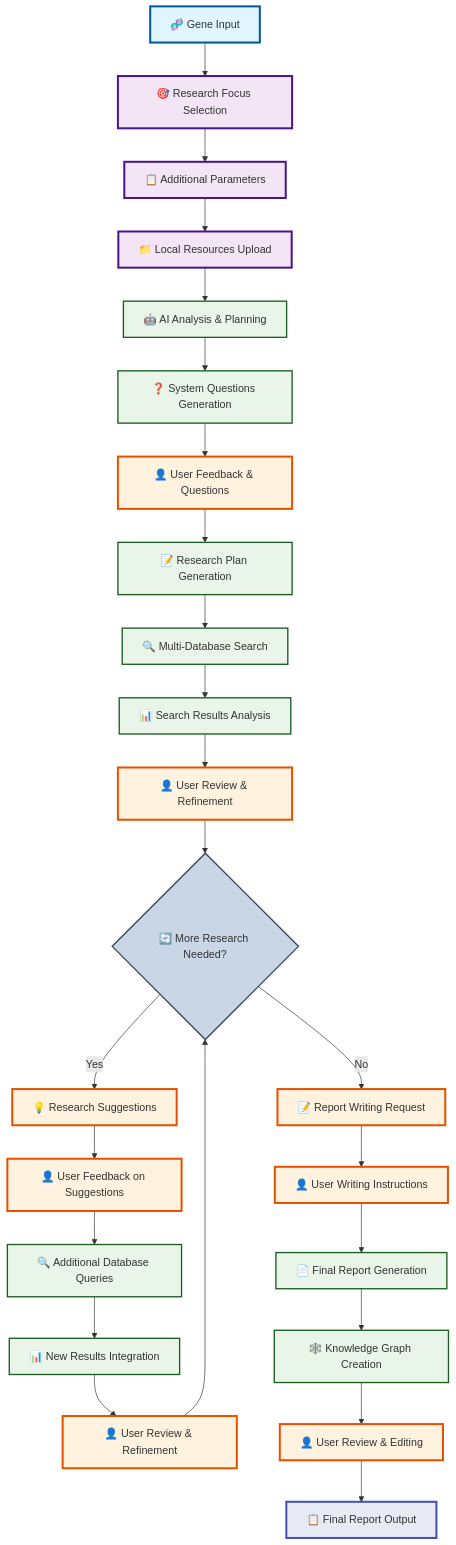
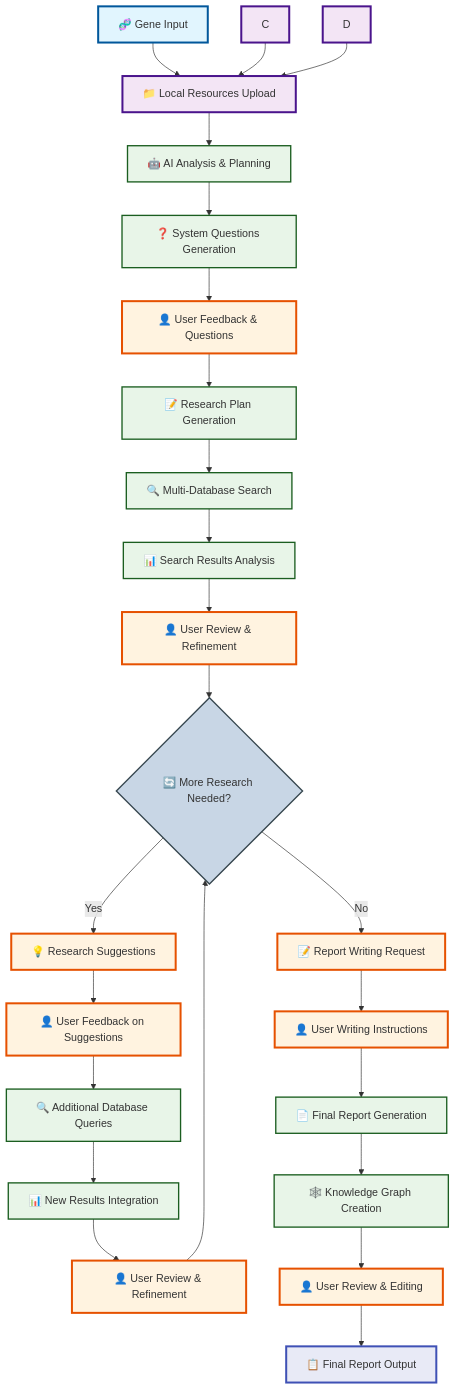
The diagram in README.md (Scilence2022/DeepGeneResearch), drawn with Mermaid before and after one commit.

````diff
--- a/README.md
+++ b/README.md
@@ -217,64 +217,64 @@
 ```mermaid
 flowchart TB
     %% User Input Phase
     A[🧬 Gene Input] --> B[🎯 Research Focus Selection]
-    B --> C[📋 Additional Parameters]
-    C --> D[📁 Local Resources Upload]
+    C --> B[📋 Additional Parameters]
+    D --> B[📁 Local Resources Upload]
     
     %% AI Analysis Phase
-    D --> E[🤖 AI Analysis & Planning]
+    B --> E[🤖 AI Analysis & Planning]
     E --> F[❓ System Questions Generation]
     F --> G[👤 User Feedback & Questions]
     G --> H[📝 Research Plan Generation]
     
     %% Search Phase
     H --> I[🔍 Multi-Database Search]
     I --> J[📊 Search Results Analysis]
     J --> K[👤 User Review & Refinement]
     K --> L{🔄 More Research Needed?}
     
     %% Iteration Loop
     L -->|Yes| M[💡 Research Suggestions]
     M --> N[👤 User Feedback on Suggestions]
     N --> O[🔍 Additional Database Queries]
     O --> P[📊 New Results Integration]
     P --> Q[👤 User Review & Refinement]
     Q --> L
     
     %% Final Phase
     L -->|No| R[📝 Report Writing Request]
     R --> S[👤 User Writing Instructions]
     S --> T[📄 Final Report Generation]
     T --> U[🕸️ Knowledge Graph Creation]
     U --> V[👤 User Review & Editing]
     V --> W[📋 Final Report Output]
     
     %% User Interaction Styling
     style A fill:#e1f5fe,stroke:#01579b,stroke-width:3px
     style B fill:#f3e5f5,stroke:#4a148c,stroke-width:3px
     style C fill:#f3e5f5,stroke:#4a148c,stroke-width:3px
     style D fill:#f3e5f5,stroke:#4a148c,stroke-width:3px
     style G fill:#fff3e0,stroke:#e65100,stroke-width:3px
     style K fill:#fff3e0,stroke:#e65100,stroke-width:3px
     style M fill:#fff3e0,stroke:#e65100,stroke-width:3px
     style N fill:#fff3e0,stroke:#e65100,stroke-width:3px
     style Q fill:#fff3e0,stroke:#e65100,stroke-width:3px
     style R fill:#fff3e0,stroke:#e65100,stroke-width:3px
     style S fill:#fff3e0,stroke:#e65100,stroke-width:3px
     style V fill:#fff3e0,stroke:#e65100,stroke-width:3px
     
     %% AI Processing Styling
     style E fill:#e8f5e8,stroke:#1b5e20,stroke-width:2px
     style F fill:#e8f5e8,stroke:#1b5e20,stroke-width:2px
     style H fill:#e8f5e8,stroke:#1b5e20,stroke-width:2px
     style I fill:#e8f5e8,stroke:#1b5e20,stroke-width:2px
     style J fill:#e8f5e8,stroke:#1b5e20,stroke-width:2px
     style O fill:#e8f5e8,stroke:#1b5e20,stroke-width:2px
     style P fill:#e8f5e8,stroke:#1b5e20,stroke-width:2px
     style T fill:#e8f5e8,stroke:#1b5e20,stroke-width:2px
     style U fill:#e8f5e8,stroke:#1b5e20,stroke-width:2px
     
     %% Decision and Output Styling
     style L fill:#c8d6e5,stroke:#37474f,stroke-width:2px
     style W fill:#e8eaf6,stroke:#3f51b5,stroke-width:3px
 ```
````
